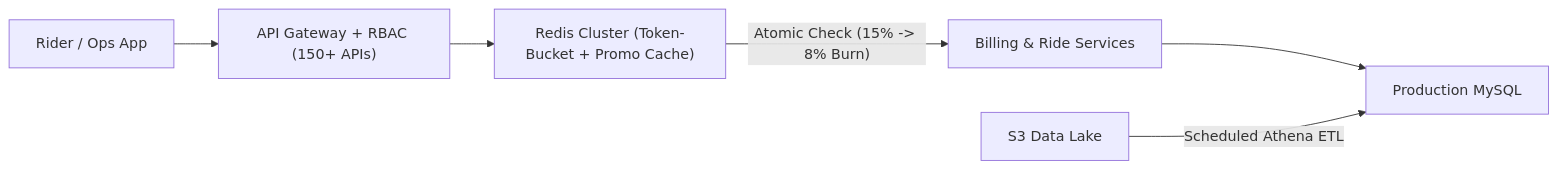
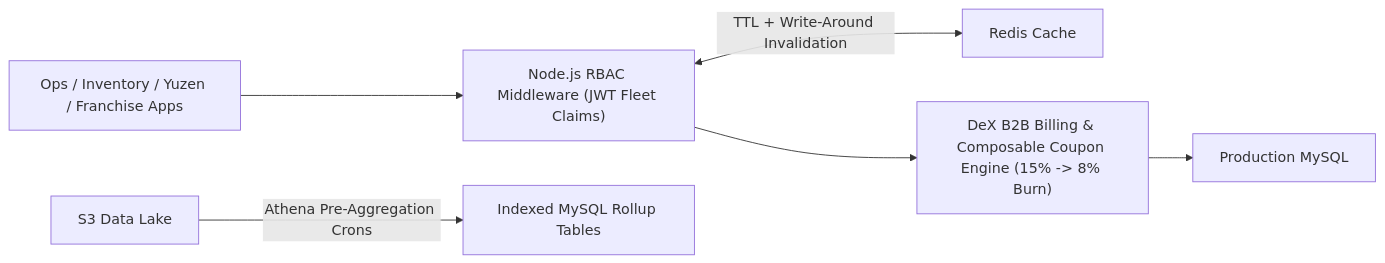
One commit to aniagra119/aniagra119 changed the second of 2 diagrams in README.md. Above: the diagram before and after it, drawn with Mermaid. The commit also changed other lines of this file, not shown here.

Commit message:
docs(profile): align README with audited Meragi & Yulu production architectures

````diff
--- a/README.md
+++ b/README.md
@@ -24,8 +31,8 @@
 ```mermaid
 flowchart LR
-    App["Rider / Ops App"] --> GW["API Gateway + RBAC (150+ APIs)"]
-    GW --> Cache["Redis Cluster (Token-Bucket + Promo Cache)"]
-    Cache -->|"Atomic Check (15% -> 8% Burn)"| Core["Billing & Ride Services"]
+    Apps["Ops / Inventory / Yuzen / Franchise Apps"] --> Auth["Node.js RBAC Middleware (JWT Fleet Claims)"]
+    Auth <-->|"TTL + Write-Around Invalidation"| Cache["Redis Cache"]
+    Auth --> Core["DeX B2B Billing & Composable Coupon Engine (15% -> 8% Burn)"]
     Core --> DB["Production MySQL"]
-    S3["S3 Data Lake"] -->|"Scheduled Athena ETL"| DB
+    S3["S3 Data Lake"] -->|"Athena Pre-Aggregation Crons"| Rollup["Indexed MySQL Rollup Tables"]
 ```
````
